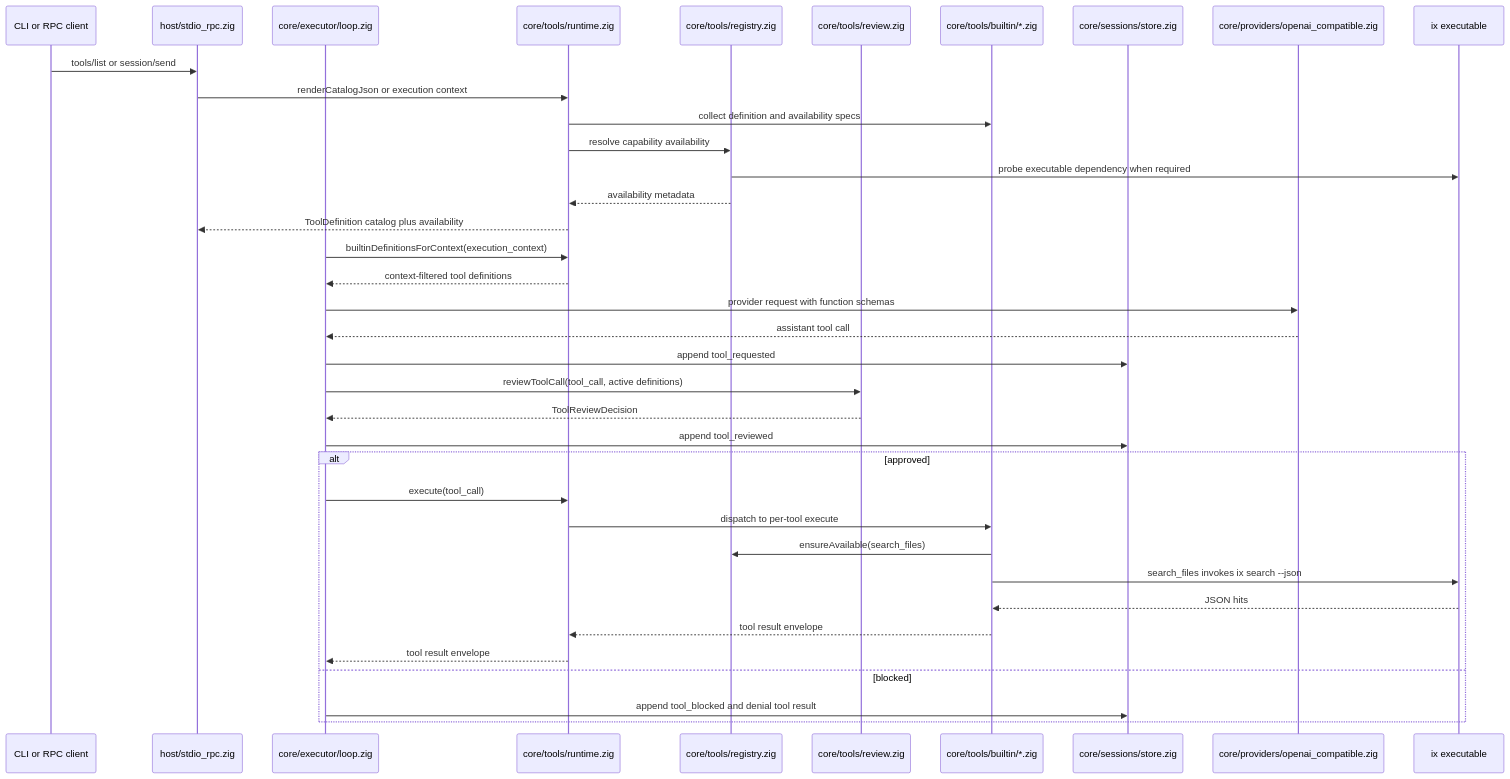
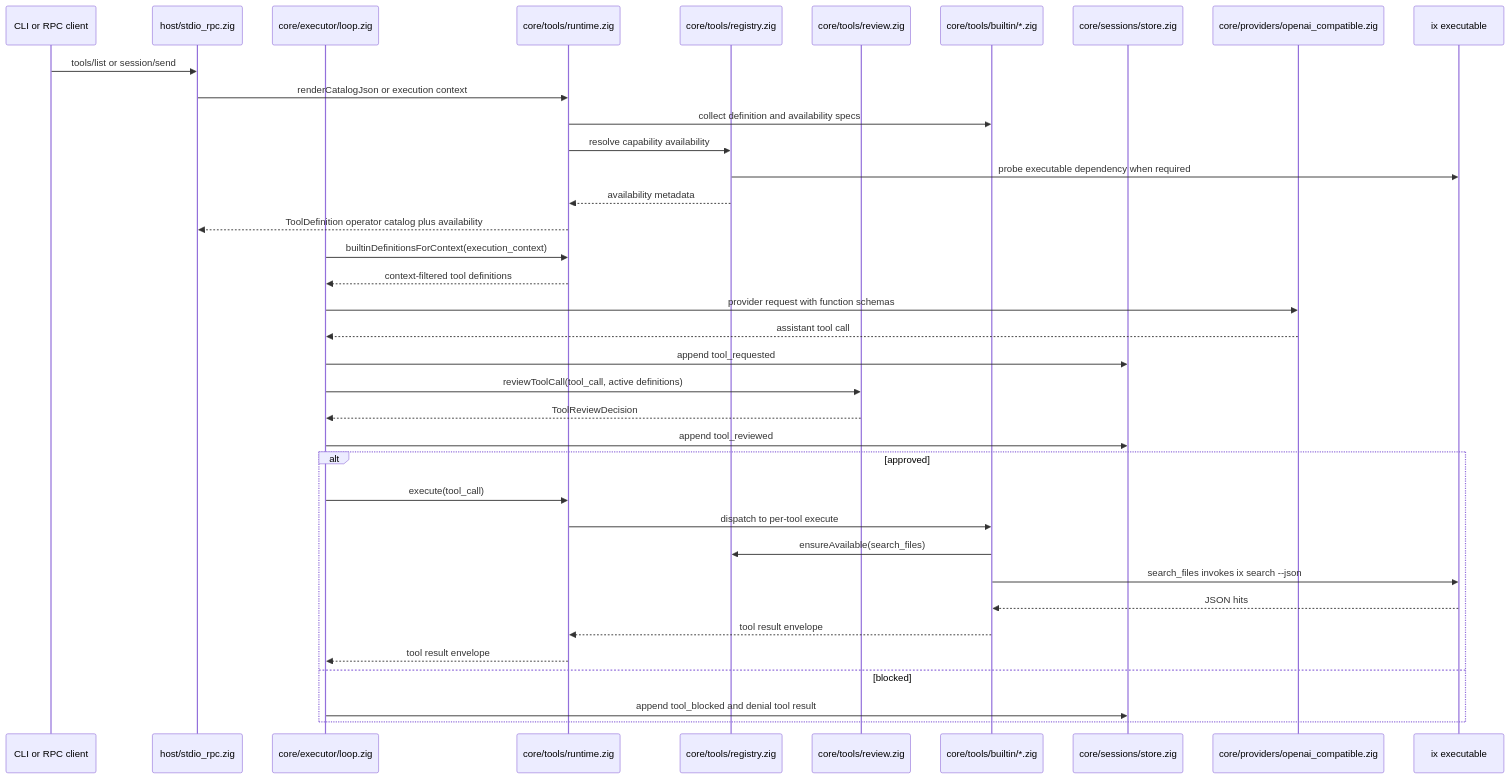
Before and after one commit to savageops/VANTARI-ONE: the fifth of 8 diagrams in apps/backend/architecture.md, drawn with Mermaid. The commit also changed other lines of this file and 25 other files, not shown here.

````diff
--- a/apps/backend/architecture.md
+++ b/apps/backend/architecture.md
@@ -282,40 +291,40 @@
 ```mermaid
 sequenceDiagram
   participant C as CLI or RPC client
   participant H as host/stdio_rpc.zig
   participant L as core/executor/loop.zig
   participant T as core/tools/runtime.zig
   participant R as core/tools/registry.zig
   participant V as core/tools/review.zig
   participant M as core/tools/builtin/*.zig
   participant S as core/sessions/store.zig
   participant P as core/providers/openai_compatible.zig
   participant I as ix executable
 
   C->>H: tools/list or session/send
   H->>T: renderCatalogJson or execution context
   T->>M: collect definition and availability specs
   T->>R: resolve capability availability
   R->>I: probe executable dependency when required
   R-->>T: availability metadata
-  T-->>H: ToolDefinition catalog plus availability
+  T-->>H: ToolDefinition operator catalog plus availability
   L->>T: builtinDefinitionsForContext(execution_context)
   T-->>L: context-filtered tool definitions
   L->>P: provider request with function schemas
   P-->>L: assistant tool call
   L->>S: append tool_requested
   L->>V: reviewToolCall(tool_call, active definitions)
   V-->>L: ToolReviewDecision
   L->>S: append tool_reviewed
   alt approved
     L->>T: execute(tool_call)
     T->>M: dispatch to per-tool execute
     M->>R: ensureAvailable(search_files)
     M->>I: search_files invokes ix search --json
     I-->>M: JSON hits
     M-->>T: tool result envelope
     T-->>L: tool result envelope
   else blocked
     L->>S: append tool_blocked and denial tool result
   end
 ```
````
